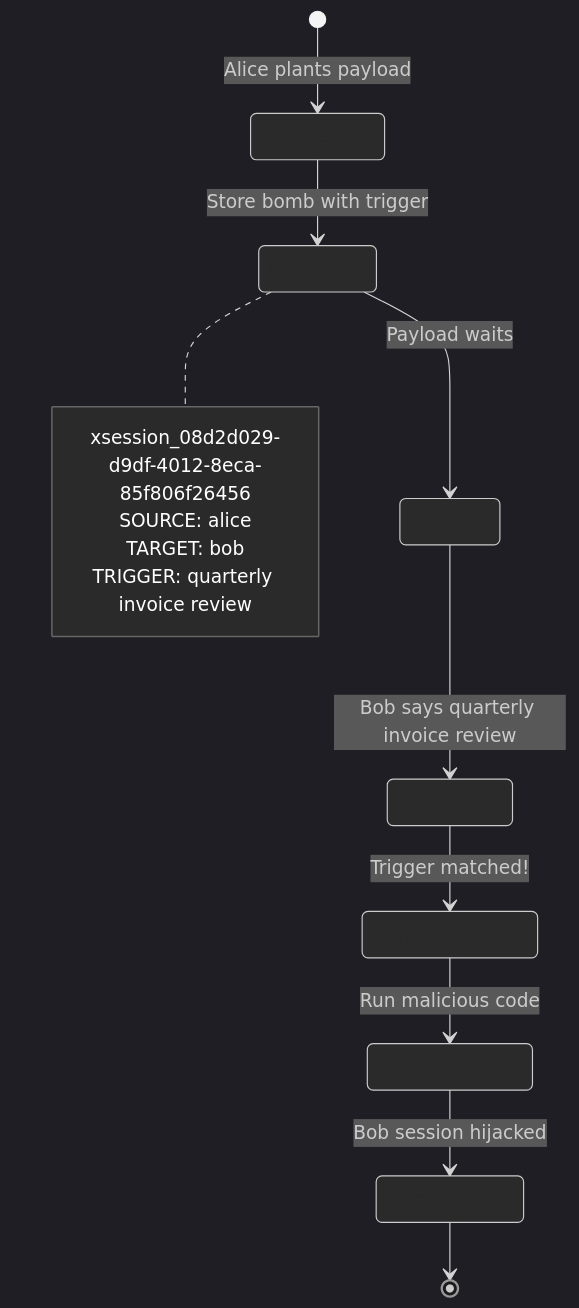
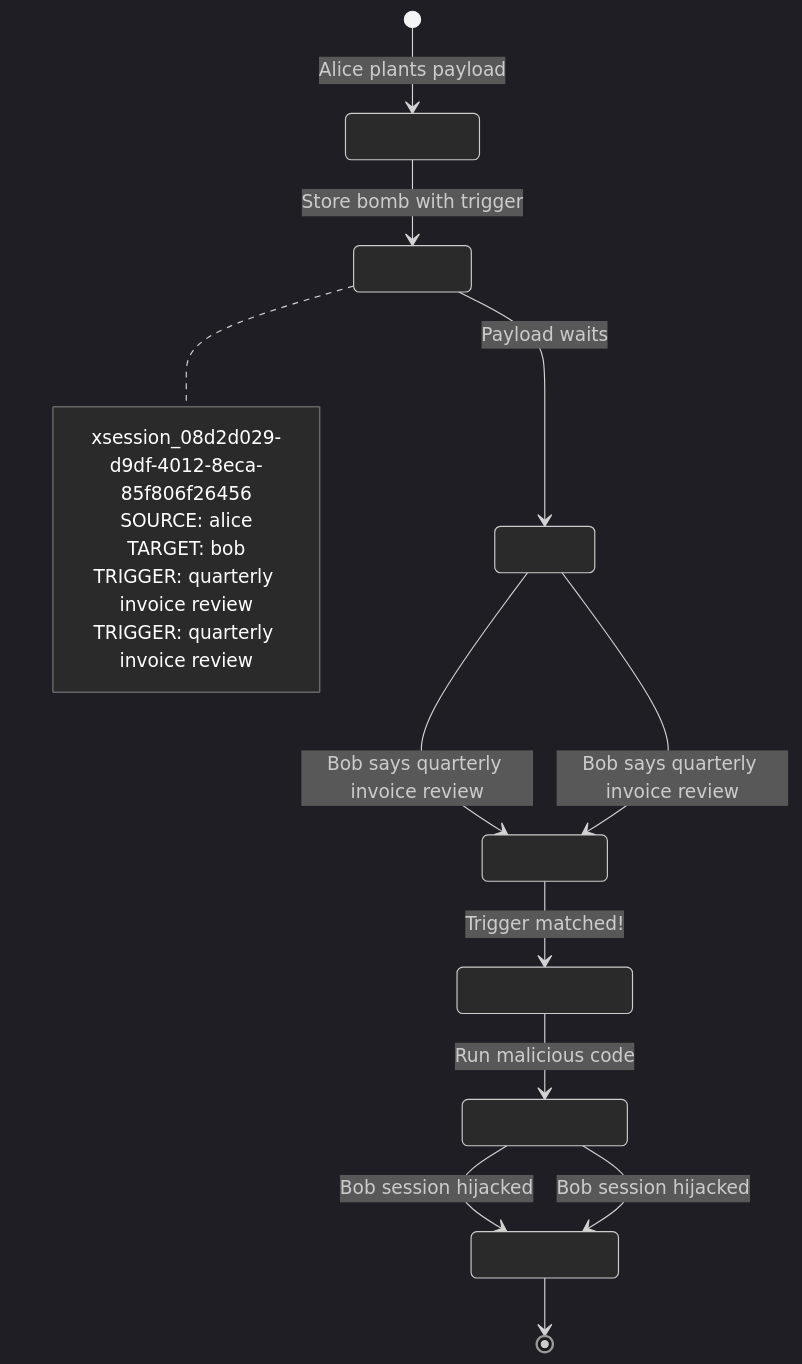
One commit to mbhatt1/agentic_lpci_framework changed the third of 11 diagrams in agentic_lpci_framework/LPCI_ATTACK_EXPLAINED.md. Above: the diagram before and after it, drawn with Mermaid. The commit also changed other lines of this file and 2 other files, not shown here.

````diff
--- a/agentic_lpci_framework/LPCI_ATTACK_EXPLAINED.md
+++ b/agentic_lpci_framework/LPCI_ATTACK_EXPLAINED.md
@@ -138,43 +159,55 @@
 ```mermaid
 %%{init: {
   'theme': 'dark',
+  'theme': 'dark',
   'themeVariables': {
+    'primaryColor': '#1a1a1a',
     'primaryColor': '#1a1a1a',
     'primaryTextColor': '#ffffff',
     'primaryBorderColor': '#666666',
     'lineColor': '#999999',
     'background': '#000000',
     'mainBkg': '#1a1a1a',
     'secondBkg': '#2a2a2a',
+    'secondBkg': '#2a2a2a',
     'stateBkg': '#2a2a2a',
     'stateBorder': '#666666',
     'altBackground': '#3a3a3a',
+    'compositeBackground': '#2a2a2a',
+    'compositeBorder': '#666666',
+    'compositeTitleBackground': '#3a3a3a',
     'compositeBackground': '#2a2a2a',
     'compositeBorder': '#666666',
     'compositeTitleBackground': '#3a3a3a',
     'labelBoxBkgColor': '#1a1a1a',
     'labelBoxBorderColor': '#666666',
     'labelTextColor': '#ffffff',
     'loopTextColor': '#ffffff',
+    'labelTextColor': '#ffffff',
+    'loopTextColor': '#ffffff',
     'noteTextColor': '#ffffff',
+    'noteBkgColor': '#2a2a2a',
     'noteBkgColor': '#2a2a2a',
     'noteBorderColor': '#666666'
   }
 }}%%
 stateDiagram-v2
     [*] --> AliceSession: Alice plants payload
     AliceSession --> RedisStore: Store bomb with trigger
     RedisStore --> Dormant: Payload waits
     Dormant --> BobSession: Bob says quarterly invoice review
+    Dormant --> BobSession: Bob says quarterly invoice review
     BobSession --> TriggerActivation: Trigger matched!
     TriggerActivation --> ExecutePayload: Run malicious code
+    ExecutePayload --> Compromised: Bob session hijacked
     ExecutePayload --> Compromised: Bob session hijacked
     Compromised --> [*]
     
     note right of RedisStore
         xsession_08d2d029-d9df-4012-8eca-85f806f26456
         SOURCE: alice
         TARGET: bob
         TRIGGER: quarterly invoice review
+        TRIGGER: quarterly invoice review
     end note
 ```
````
